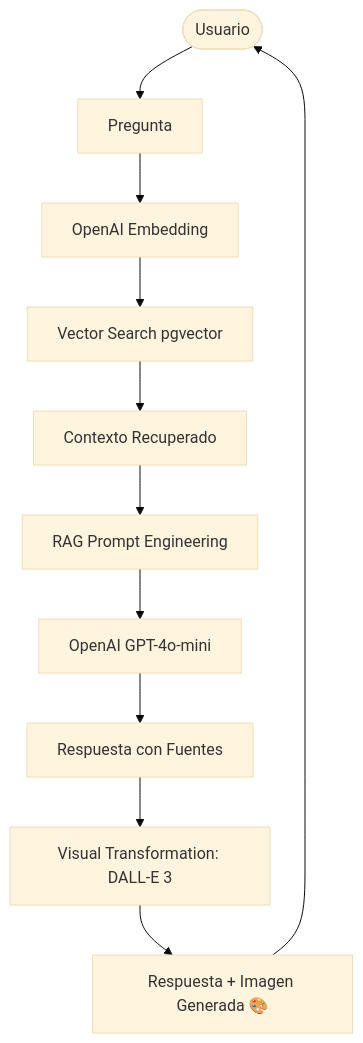
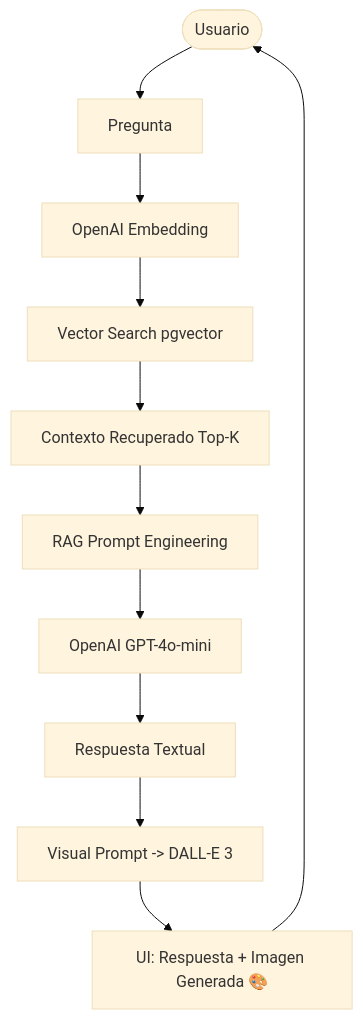
The second of 2 diagrams in README.md (JoshRivas313/DocuCanvas), drawn with Mermaid (base theme) before and after one commit. The commit also changed other lines of this file, not shown here.

Commit message:
docs: actualización del README con arquitectura multimodal y vista de indexación

````diff
--- a/README.md
+++ b/README.md
@@ -167,13 +88,13 @@
 ```mermaid
 graph TD
     User([Usuario]) --> Q[Pregunta]
     Q --> Emb[OpenAI Embedding]
     Emb --> Search[Vector Search pgvector]
-    Search --> Context[Contexto Recuperado]
+    Search --> Context[Contexto Recuperado Top-K]
     Context --> Prompt[RAG Prompt Engineering]
     Prompt --> Gen[OpenAI GPT-4o-mini]
-    Gen --> Answer[Respuesta con Fuentes]
-    Answer --> Visual[Visual Transformation: DALL-E 3]
-    Visual --> Output[Respuesta + Imagen Generada 🎨]
+    Gen --> Answer[Respuesta Textual]
+    Answer --> Visual[Visual Prompt -> DALL-E 3]
+    Visual --> Output[UI: Respuesta + Imagen Generada 🎨]
     Output --> User
 ```
````
